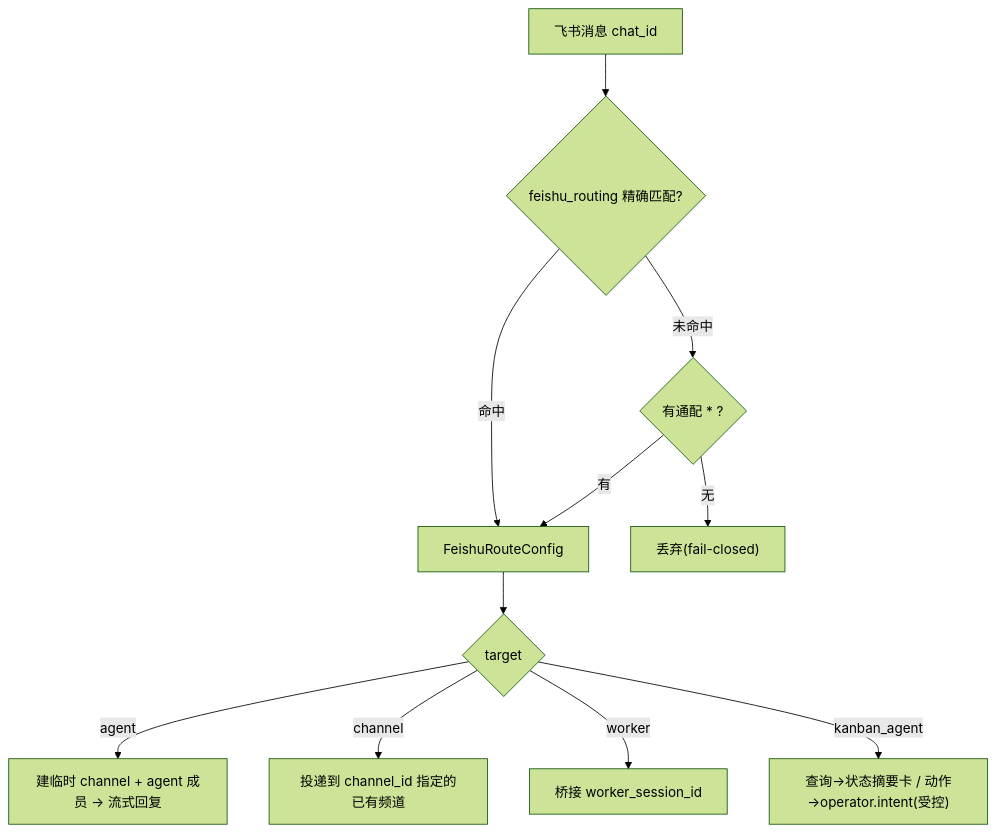
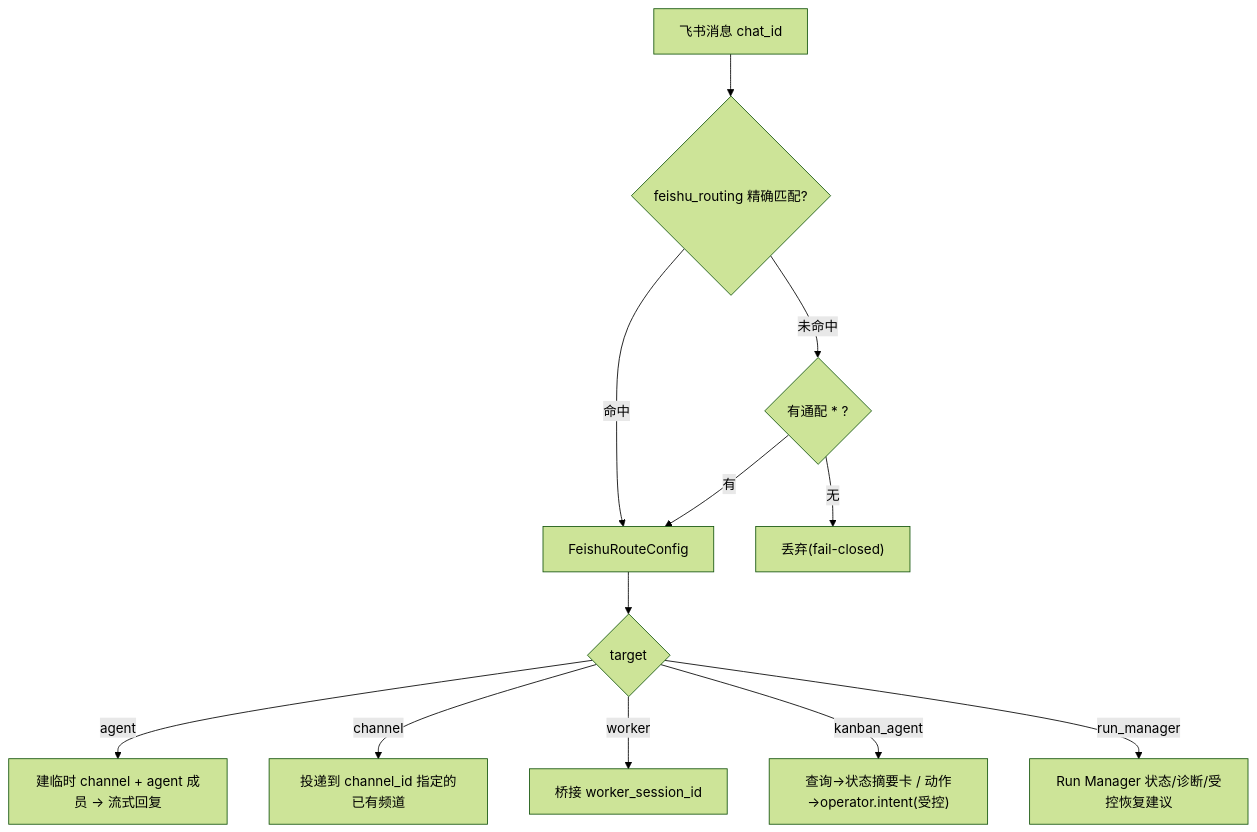
Before and after one commit to rzwu-uisee/zaofu-self-issue: the diagram in docs/manual/19-feishu-ai-native-direct-bridge.md, drawn with Mermaid (forest theme). The commit also changed other lines of this file and 101 other files, not shown here.

````diff
--- a/docs/manual/19-feishu-ai-native-direct-bridge.md
+++ b/docs/manual/19-feishu-ai-native-direct-bridge.md
@@ -171,13 +186,14 @@
 ```mermaid
 flowchart TD
   msg["飞书消息 chat_id"] --> match{"feishu_routing 精确匹配?"}
   match -->|命中| route["FeishuRouteConfig"]
   match -->|未命中| star{"有通配 * ?"}
   star -->|有| route
   star -->|无| drop["丢弃(fail-closed)"]
   route --> t{"target"}
   t -->|agent| a["建临时 channel + agent 成员 → 流式回复"]
   t -->|channel| c["投递到 channel_id 指定的已有频道"]
   t -->|worker| w["桥接 worker_session_id"]
   t -->|kanban_agent| k["查询→状态摘要卡 / 动作→operator.intent(受控)"]
+  t -->|run_manager| r["Run Manager 状态/诊断/受控恢复建议"]
 ```
````
